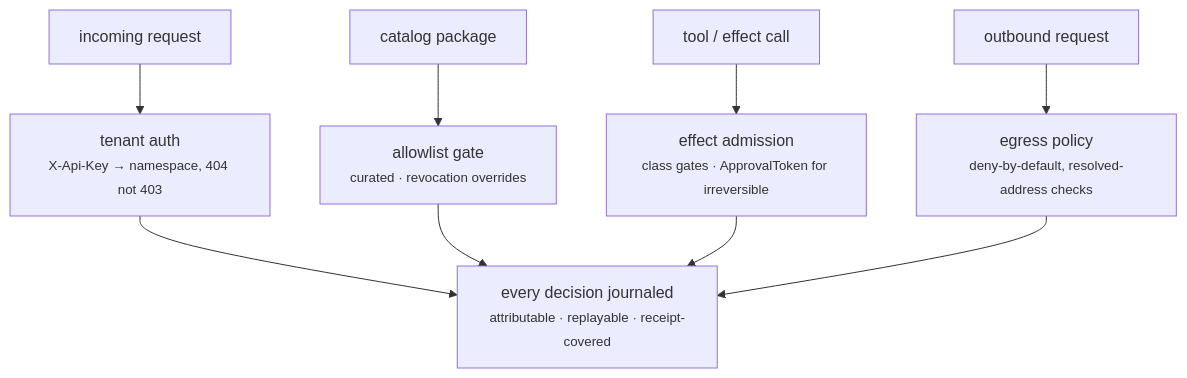
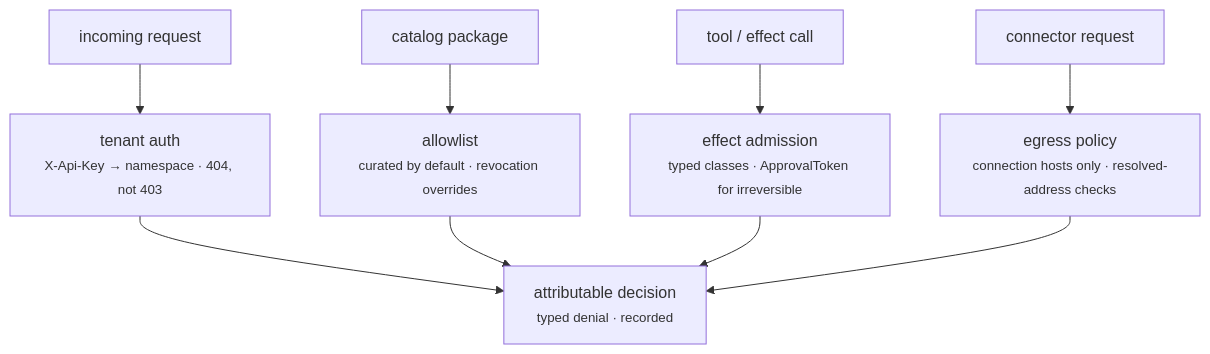
The diagram in aboutrusty/guide/12-policy-security.md (dev-amjad-shaikh/aboutrusty-site), drawn with Mermaid before and after one commit. The commit also changed other lines of this file and 18 other files, not shown here.

````diff
--- a/aboutrusty/guide/12-policy-security.md
+++ b/aboutrusty/guide/12-policy-security.md
@@ -37,11 +62,11 @@
 ```mermaid
 flowchart TB
-    REQ["incoming request"] --> AUTH["tenant auth<br><small>X-Api-Key → namespace, 404 not 403</small>"]
-    PKG["catalog package"] --> ALLOW["allowlist gate<br><small>curated · revocation overrides</small>"]
-    CALL["tool / effect call"] --> ADMIT["effect admission<br><small>class gates · ApprovalToken for irreversible</small>"]
-    OUT["outbound request"] --> EGRESS["egress policy<br><small>deny-by-default, resolved-address checks</small>"]
-    AUTH --> ALL["every decision journaled<br><small>attributable · replayable · receipt-covered</small>"]
+    REQ["incoming request"] --> AUTH["tenant auth<br><small>X-Api-Key → namespace · 404, not 403</small>"]
+    PKG["catalog package"] --> ALLOW["allowlist<br><small>curated by default · revocation overrides</small>"]
+    CALL["tool / effect call"] --> ADMIT["effect admission<br><small>typed classes · ApprovalToken for irreversible</small>"]
+    OUT["connector request"] --> EGRESS["egress policy<br><small>connection hosts only · resolved-address checks</small>"]
+    AUTH --> ALL["attributable decision<br><small>typed denial · recorded</small>"]
     ALLOW --> ALL
     ADMIT --> ALL
     EGRESS --> ALL
 ```
````
